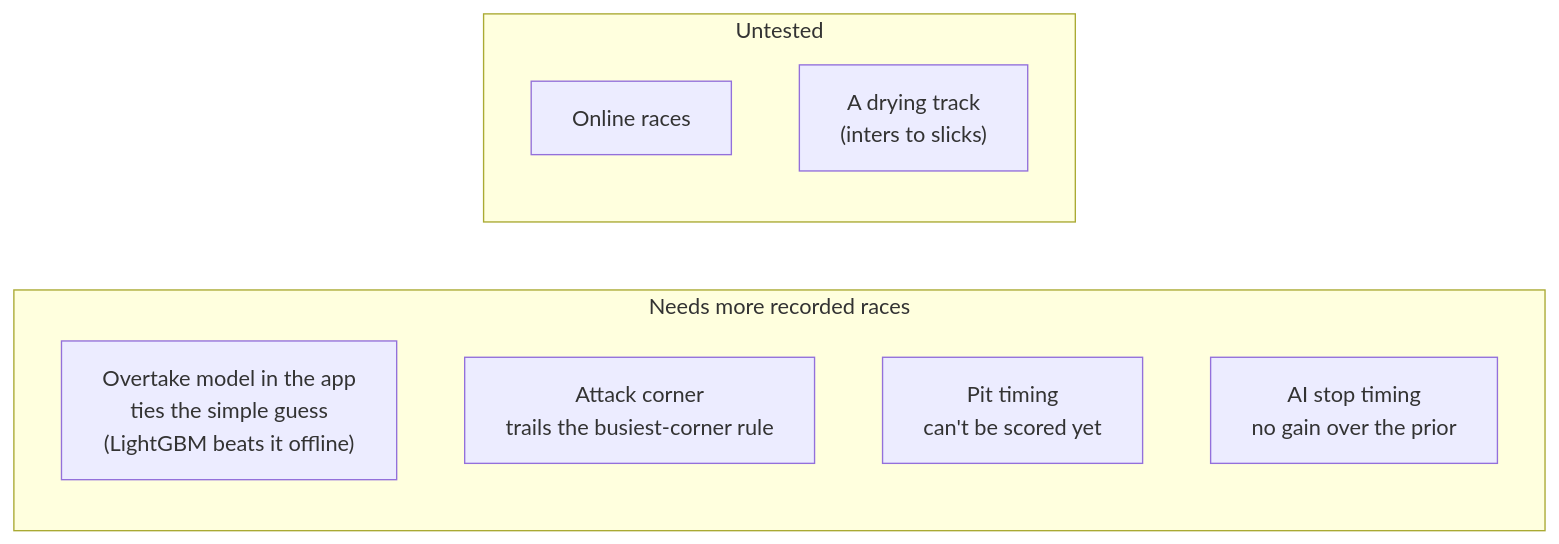
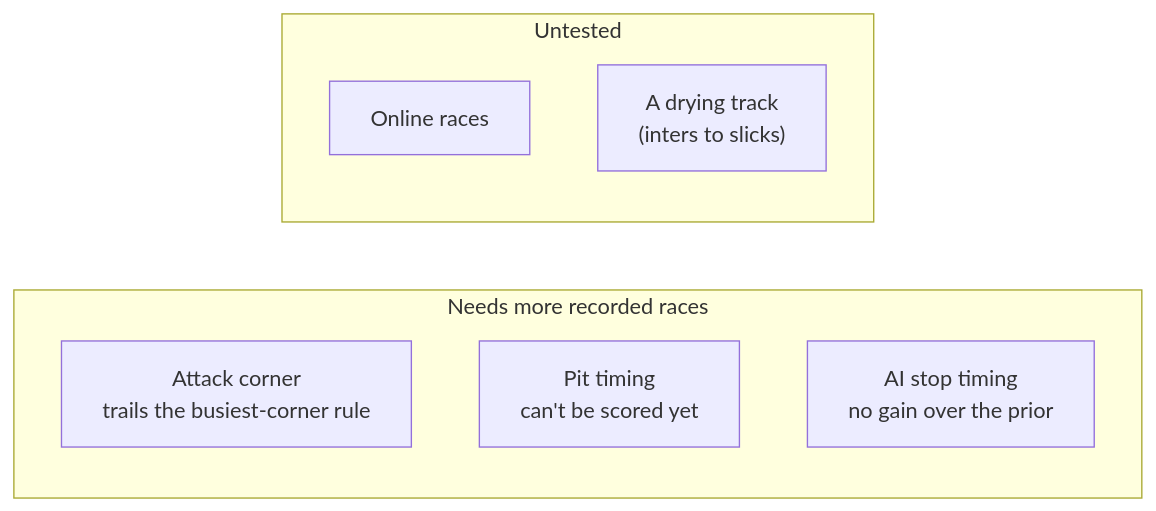
The diagram in docs/status.md (srikarnadella/f1-race-engineer), drawn with Mermaid before and after one commit. The commit also changed other lines of this file and 21 other files, not shown here.

First line of the commit message:
The app runs the LightGBM overtake model

````diff
--- a/docs/status.md
+++ b/docs/status.md
@@ -18,13 +18,12 @@
 ```mermaid
 flowchart LR
     subgraph NEED["Needs more recorded races"]
-        A["Overtake model in the app<br/>ties the simple guess<br/>(LightGBM beats it offline)"]
         B["Attack corner<br/>trails the busiest-corner rule"]
         C["Pit timing<br/>can't be scored yet"]
         D["AI stop timing<br/>no gain over the prior"]
     end
     subgraph UNTESTED["Untested"]
         E["Online races"]
         F["A drying track<br/>(inters to slicks)"]
     end
 ```
````
